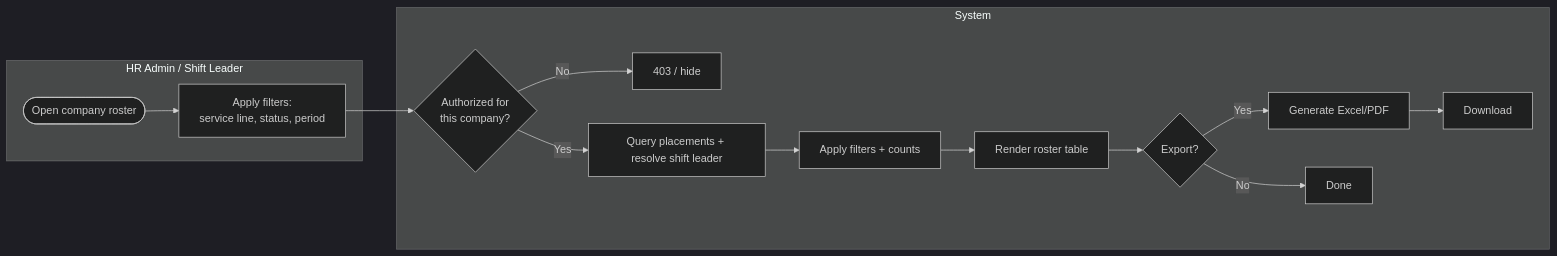
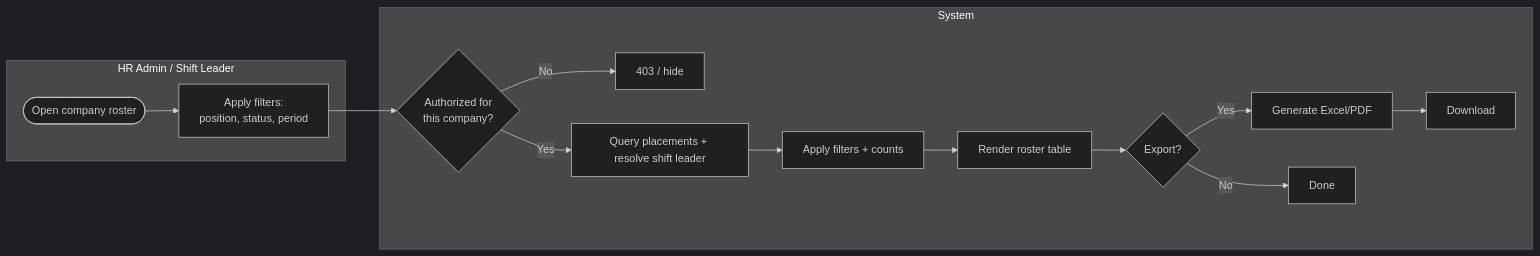
One commit to hariszaki17/hris-outsource changed the diagram in docs/epics/E3-placement/prds/company-roster.md. Above: the diagram before and after it, drawn with Mermaid (dark theme). The commit also changed other lines of this file and 239 other files, not shown here.

First line of the commit message:
feat!: remove service line concept end-to-end

````diff
--- a/docs/epics/E3-placement/prds/company-roster.md
+++ b/docs/epics/E3-placement/prds/company-roster.md
@@ -32,16 +32,16 @@
 ```mermaid
 flowchart LR
     subgraph User[HR Admin / Shift Leader]
-        R1([Open company roster]) --> R2[Apply filters:<br/>service line, status, period]
+        R1([Open company roster]) --> R2[Apply filters:<br/>position, status, period]
     end
     subgraph SYS[System]
         R2 --> Z1{Authorized for<br/>this company?}
         Z1 -- No --> Z2[403 / hide]
         Z1 -- Yes --> Q1[Query placements + resolve shift leader]
         Q1 --> Q2[Apply filters + counts]
         Q2 --> R3[Render roster table]
         R3 --> R4{Export?}
         R4 -- Yes --> Q3[Generate Excel/PDF] --> R5[Download]
         R4 -- No --> R6[Done]
     end
 ```
````
